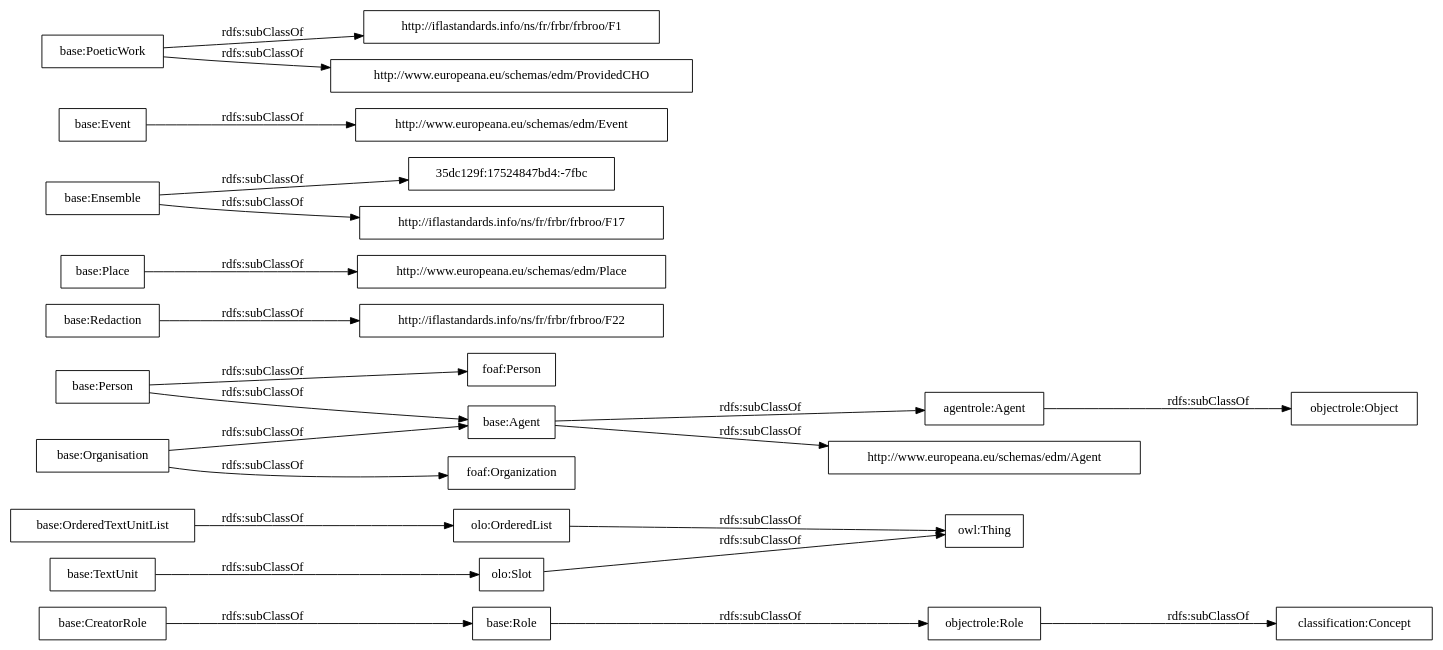
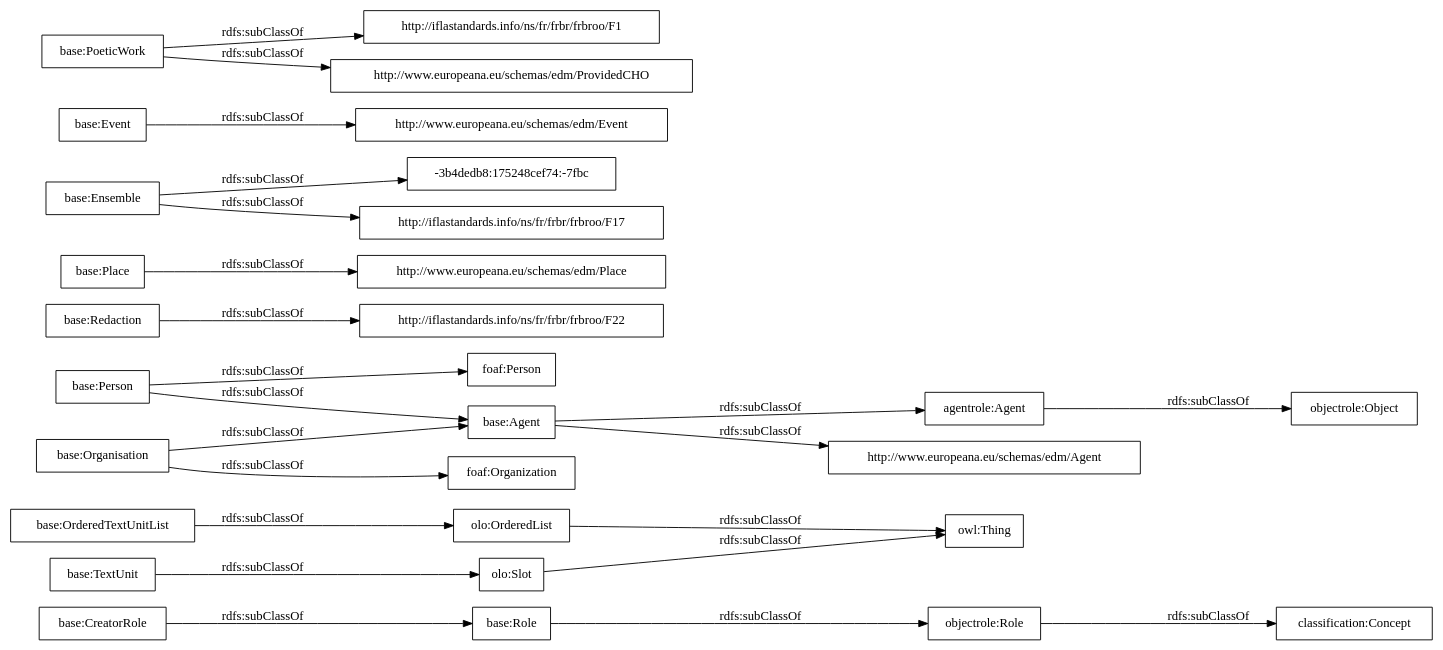
The diagram in OnToology/postdata-core.owl/diagrams/ar2dtool-taxonomy/postdata-core.owl.png.dot (OnToologyUser/core-ontology-1), drawn with Graphviz before and after one commit. The commit also changed 14 other files, not shown here.

```diff
--- a/OnToology/postdata-core.owl/diagrams/ar2dtool-taxonomy/postdata-core.owl.png.dot
+++ b/OnToology/postdata-core.owl/diagrams/ar2dtool-taxonomy/postdata-core.owl.png.dot
@@ -1,27 +1,27 @@
 digraph ar2dtool_diagram { 
 rankdir=LR;
 size="1000"
-node [shape = rectangle, color="black"]; "base:Role" "base:OrderedTextUnitList" "agentrole:Agent" "http://iflastandards.info/ns/fr/frbr/frbroo/F22" "http://www.europeana.eu/schemas/edm/Agent" "base:Agent" "base:CreatorRole" "base:Person" "base:Organisation" "http://www.europeana.eu/schemas/edm/Place" "base:Redaction" "base:Ensemble" "foaf:Person" "http://www.europeana.eu/schemas/edm/Event" "base:TextUnit" "http://iflastandards.info/ns/fr/frbr/frbroo/F1" "foaf:Organization" "http://www.europeana.eu/schemas/edm/ProvidedCHO" "base:Place" "base:Event" "35dc129f:17524847bd4:-7fbc" "base:PoeticWork" "http://iflastandards.info/ns/fr/frbr/frbroo/F17" "owl:Thing" "objectrole:Role" "objectrole:Object" "olo:Slot" "olo:OrderedList" "classification:Concept" ; /*classes style*/
+node [shape = rectangle, color="black"]; "base:Role" "base:OrderedTextUnitList" "agentrole:Agent" "http://iflastandards.info/ns/fr/frbr/frbroo/F22" "http://www.europeana.eu/schemas/edm/Agent" "base:Agent" "base:CreatorRole" "base:Person" "base:Organisation" "http://www.europeana.eu/schemas/edm/Place" "base:Redaction" "base:Ensemble" "foaf:Person" "http://www.europeana.eu/schemas/edm/Event" "base:TextUnit" "http://iflastandards.info/ns/fr/frbr/frbroo/F1" "foaf:Organization" "http://www.europeana.eu/schemas/edm/ProvidedCHO" "base:Place" "base:Event" "-3b4dedb8:175248cef74:-7fbc" "base:PoeticWork" "http://iflastandards.info/ns/fr/frbr/frbroo/F17" "owl:Thing" "objectrole:Role" "objectrole:Object" "olo:Slot" "olo:OrderedList" "classification:Concept" ; /*classes style*/
 	"base:Redaction" -> "http://iflastandards.info/ns/fr/frbr/frbroo/F22" [ label = "rdfs:subClassOf" ];
 	"base:Role" -> "objectrole:Role" [ label = "rdfs:subClassOf" ];
 	"base:Event" -> "http://www.europeana.eu/schemas/edm/Event" [ label = "rdfs:subClassOf" ];
 	"base:Person" -> "foaf:Person" [ label = "rdfs:subClassOf" ];
 	"base:Person" -> "base:Agent" [ label = "rdfs:subClassOf" ];
 	"olo:OrderedList" -> "owl:Thing" [ label = "rdfs:subClassOf" ];
 	"olo:Slot" -> "owl:Thing" [ label = "rdfs:subClassOf" ];
 	"base:PoeticWork" -> "http://www.europeana.eu/schemas/edm/ProvidedCHO" [ label = "rdfs:subClassOf" ];
 	"base:PoeticWork" -> "http://iflastandards.info/ns/fr/frbr/frbroo/F1" [ label = "rdfs:subClassOf" ];
 	"base:TextUnit" -> "olo:Slot" [ label = "rdfs:subClassOf" ];
 	"agentrole:Agent" -> "objectrole:Object" [ label = "rdfs:subClassOf" ];
-	"base:Ensemble" -> "35dc129f:17524847bd4:-7fbc" [ label = "rdfs:subClassOf" ];
+	"base:Ensemble" -> "-3b4dedb8:175248cef74:-7fbc" [ label = "rdfs:subClassOf" ];
 	"base:Ensemble" -> "http://iflastandards.info/ns/fr/frbr/frbroo/F17" [ label = "rdfs:subClassOf" ];
 	"base:OrderedTextUnitList" -> "olo:OrderedList" [ label = "rdfs:subClassOf" ];
 	"base:Agent" -> "agentrole:Agent" [ label = "rdfs:subClassOf" ];
 	"base:Agent" -> "http://www.europeana.eu/schemas/edm/Agent" [ label = "rdfs:subClassOf" ];
 	"objectrole:Role" -> "classification:Concept" [ label = "rdfs:subClassOf" ];
 	"base:Place" -> "http://www.europeana.eu/schemas/edm/Place" [ label = "rdfs:subClassOf" ];
 	"base:Organisation" -> "foaf:Organization" [ label = "rdfs:subClassOf" ];
 	"base:Organisation" -> "base:Agent" [ label = "rdfs:subClassOf" ];
 	"base:CreatorRole" -> "base:Role" [ label = "rdfs:subClassOf" ];
 
 }
```
